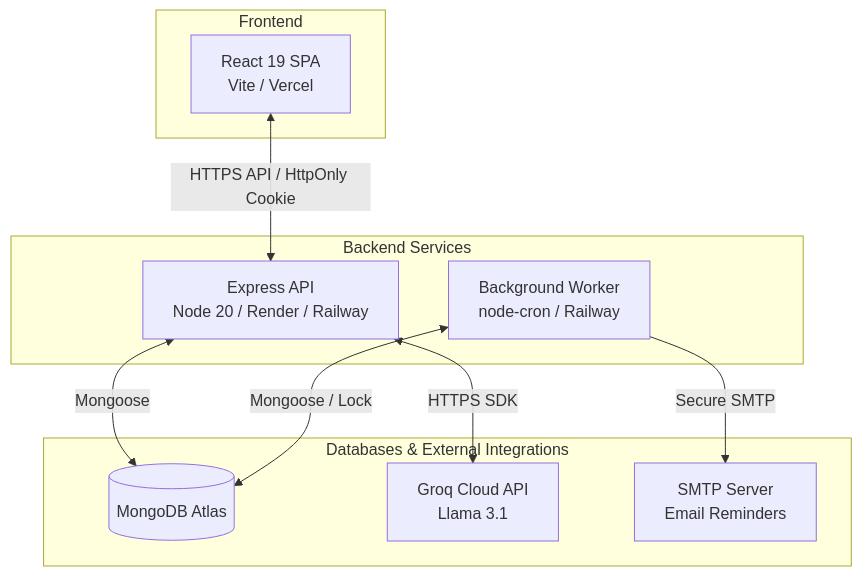
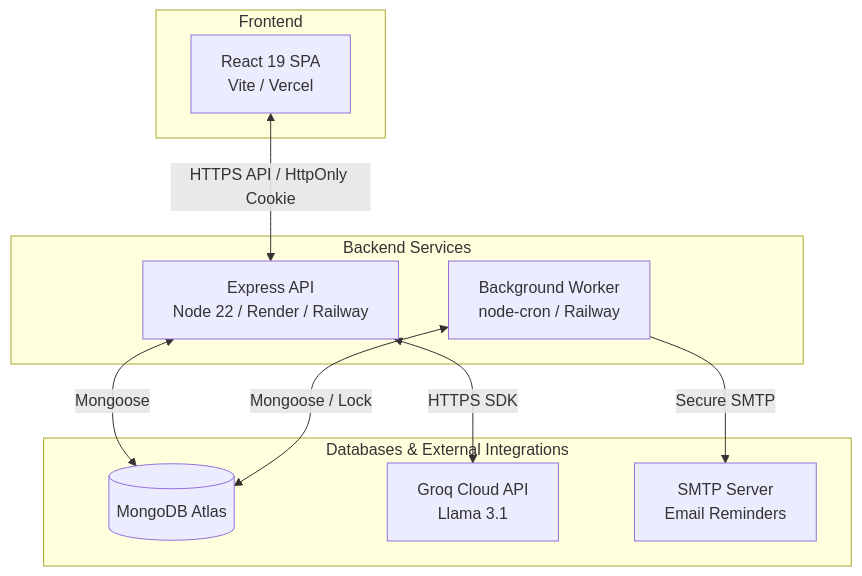
Before and after one commit to beingUbaid/AI-Study-Planner: the diagram in README.md, drawn with Mermaid. The commit also changed other lines of this file and 12 other files, not shown here.

````diff
--- a/README.md
+++ b/README.md
@@ -12,21 +12,21 @@
 ```mermaid
 graph TD
     subgraph Frontend
         A[React 19 SPA <br> Vite / Vercel]
     end
     subgraph Backend Services
-        B[Express API <br> Node 20 / Render / Railway]
+        B[Express API <br> Node 22 / Render / Railway]
         D[Background Worker <br> node-cron / Railway]
     end
     subgraph Databases & External Integrations
         C[(MongoDB Atlas)]
         E[Groq Cloud API <br> Llama 3.1]
         F[SMTP Server <br> Email Reminders]
     end
     
     A <-->|HTTPS API / HttpOnly Cookie| B
     B <-->|Mongoose| C
     D <-->|Mongoose / Lock| C
     B <-->|HTTPS SDK| E
     D -->|Secure SMTP| F
 ```
````
